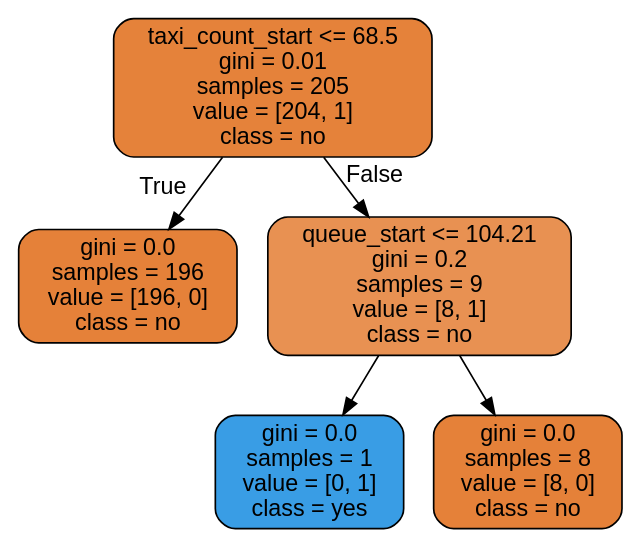
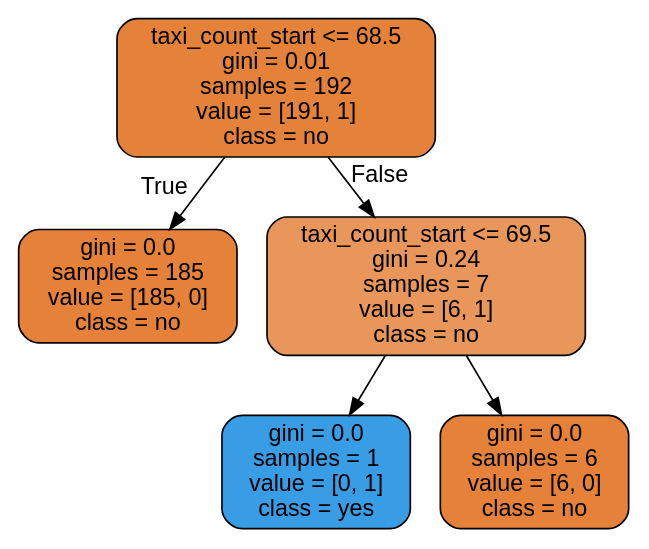
Before and after one commit to DungDinhDungDinh/capstone_project: the diagram in tree4.dot, drawn with Graphviz. The commit also changed 99 other files, not shown here.

```diff
--- a/tree4.dot
+++ b/tree4.dot
@@ -1,13 +1,13 @@
 digraph Tree {
 node [shape=box, style="filled, rounded", color="black", fontname="helvetica"] ;
 edge [fontname="helvetica"] ;
-0 [label="taxi_count_start <= 68.5\ngini = 0.01\nsamples = 205\nvalue = [204, 1]\nclass = no", fillcolor="#e5823a"] ;
-1 [label="gini = 0.0\nsamples = 196\nvalue = [196, 0]\nclass = no", fillcolor="#e58139"] ;
+0 [label="taxi_count_start <= 68.5\ngini = 0.01\nsamples = 192\nvalue = [191, 1]\nclass = no", fillcolor="#e5823a"] ;
+1 [label="gini = 0.0\nsamples = 185\nvalue = [185, 0]\nclass = no", fillcolor="#e58139"] ;
 0 -> 1 [labeldistance=2.5, labelangle=45, headlabel="True"] ;
-2 [label="queue_start <= 104.21\ngini = 0.2\nsamples = 9\nvalue = [8, 1]\nclass = no", fillcolor="#e89152"] ;
+2 [label="taxi_count_start <= 69.5\ngini = 0.24\nsamples = 7\nvalue = [6, 1]\nclass = no", fillcolor="#e9965a"] ;
 0 -> 2 [labeldistance=2.5, labelangle=-45, headlabel="False"] ;
 3 [label="gini = 0.0\nsamples = 1\nvalue = [0, 1]\nclass = yes", fillcolor="#399de5"] ;
 2 -> 3 ;
-4 [label="gini = 0.0\nsamples = 8\nvalue = [8, 0]\nclass = no", fillcolor="#e58139"] ;
+4 [label="gini = 0.0\nsamples = 6\nvalue = [6, 0]\nclass = no", fillcolor="#e58139"] ;
 2 -> 4 ;
 }
```
